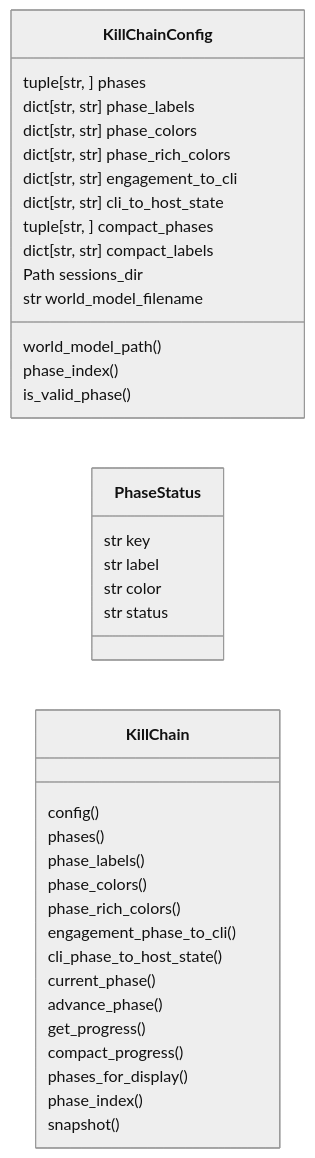
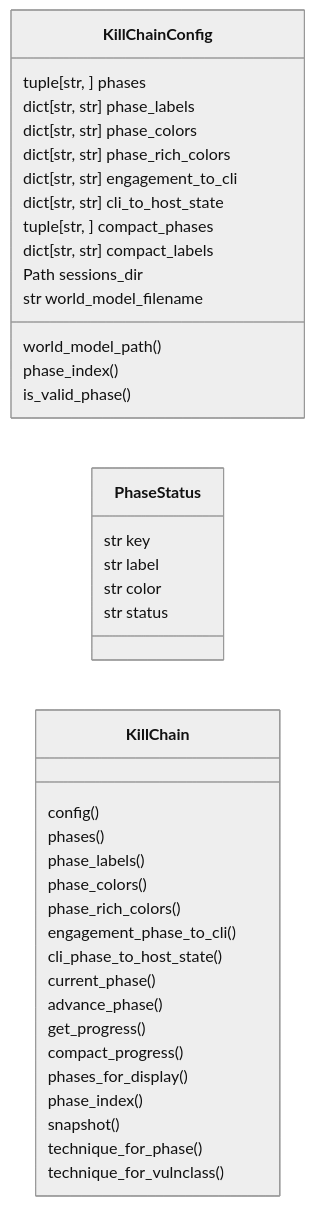
One commit to grisuno/LazyOwn changed the first of 2 diagrams in readmenator-apidocs/modules/modules.killchain.py.md. Above: the diagram before and after it, drawn with Mermaid (neutral theme). The commit also changed other lines of this file and 415 other files, not shown here.

````diff
--- a/readmenator-apidocs/modules/modules.killchain.py.md
+++ b/readmenator-apidocs/modules/modules.killchain.py.md
@@ -30,38 +31,40 @@
 ```mermaid
 classDiagram
     direction LR
     class KillChainConfig
     KillChainConfig : tuple[str, ] phases
     KillChainConfig : dict[str, str] phase_labels
     KillChainConfig : dict[str, str] phase_colors
     KillChainConfig : dict[str, str] phase_rich_colors
     KillChainConfig : dict[str, str] engagement_to_cli
     KillChainConfig : dict[str, str] cli_to_host_state
     KillChainConfig : tuple[str, ] compact_phases
     KillChainConfig : dict[str, str] compact_labels
     KillChainConfig : Path sessions_dir
     KillChainConfig : str world_model_filename
     KillChainConfig : world_model_path()
     KillChainConfig : phase_index()
     KillChainConfig : is_valid_phase()
     class PhaseStatus
     PhaseStatus : str key
     PhaseStatus : str label
     PhaseStatus : str color
     PhaseStatus : str status
     class KillChain
     KillChain : config()
     KillChain : phases()
     KillChain : phase_labels()
     KillChain : phase_colors()
     KillChain : phase_rich_colors()
     KillChain : engagement_phase_to_cli()
     KillChain : cli_phase_to_host_state()
     KillChain : current_phase()
     KillChain : advance_phase()
     KillChain : get_progress()
     KillChain : compact_progress()
     KillChain : phases_for_display()
     KillChain : phase_index()
     KillChain : snapshot()
+    KillChain : technique_for_phase()
+    KillChain : technique_for_vulnclass()
 ```
````
